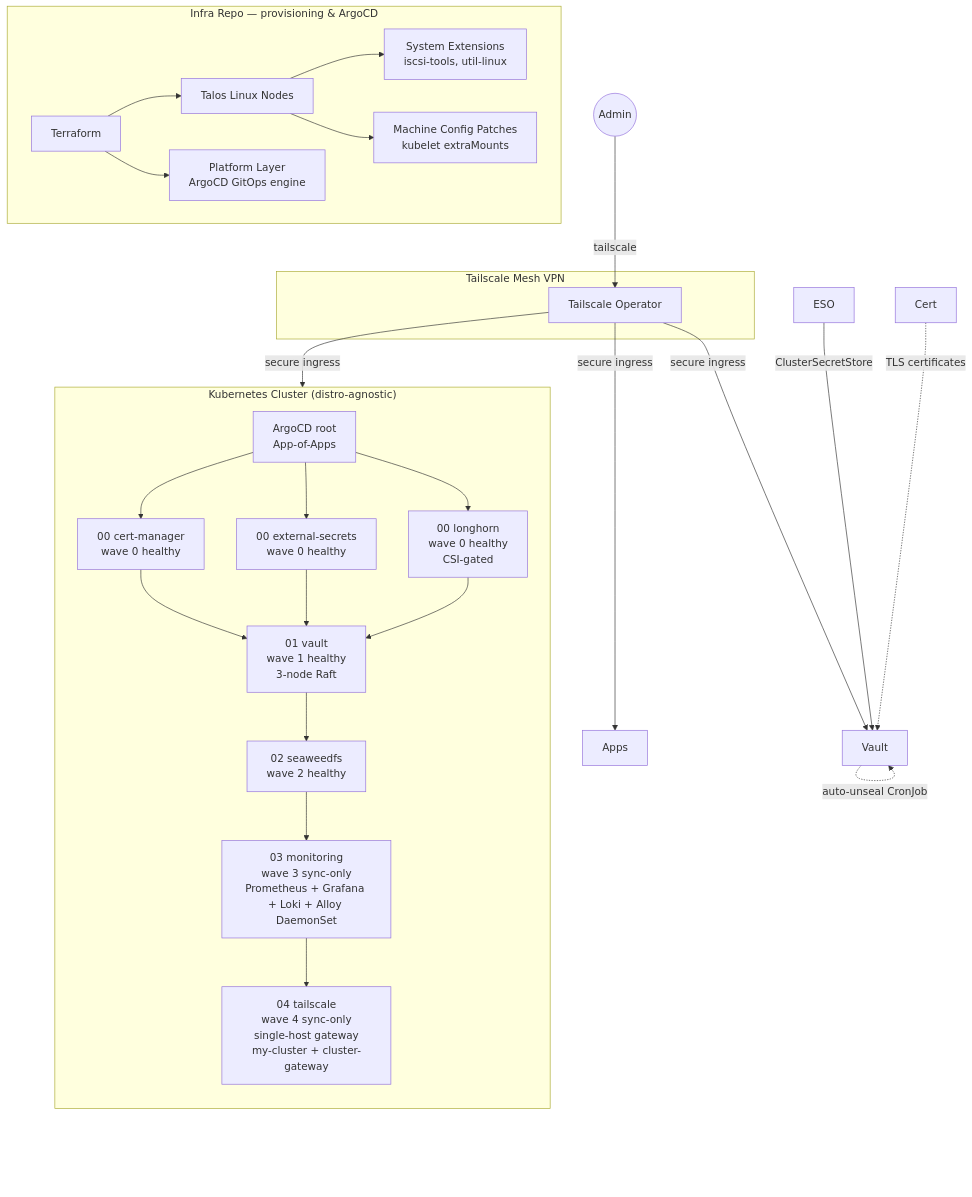
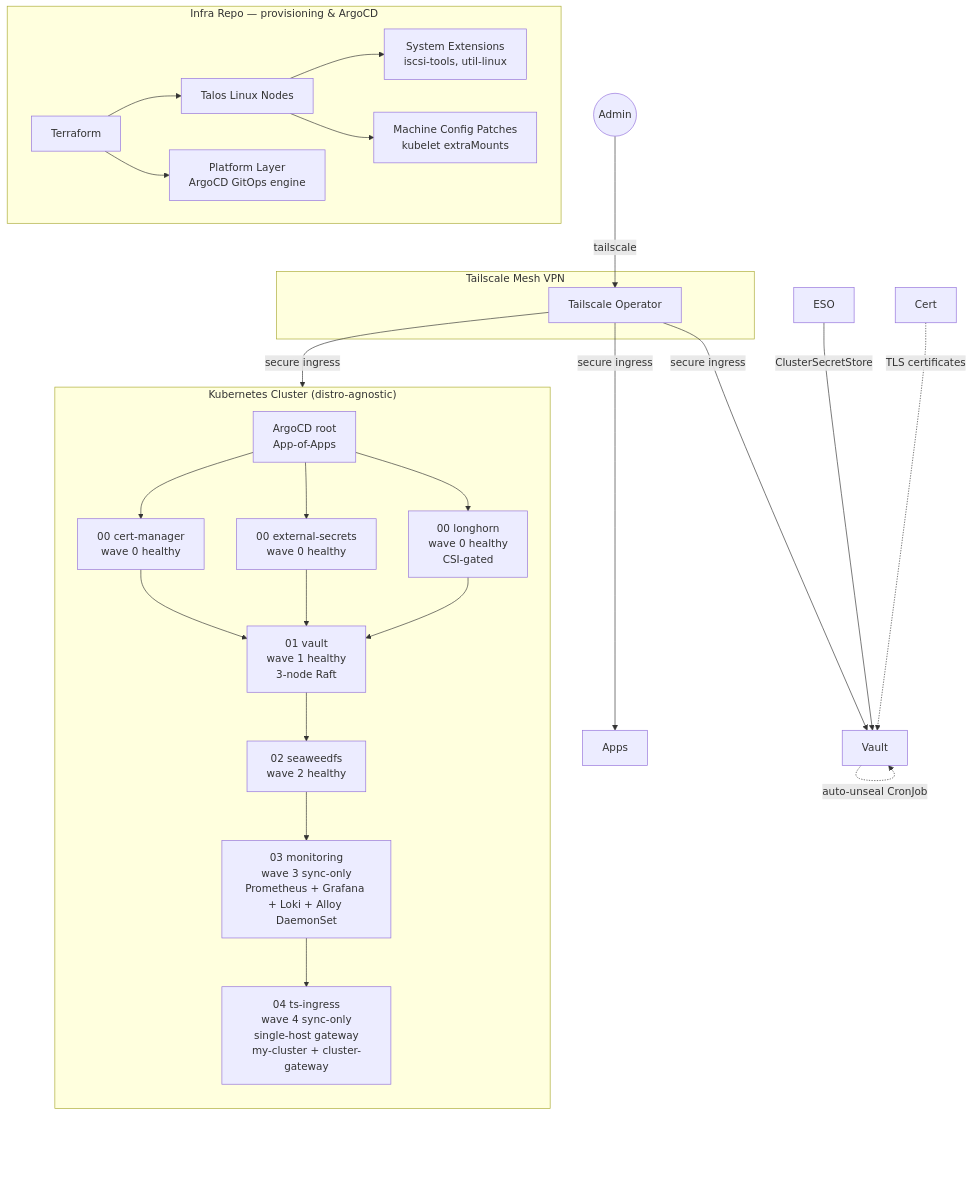
The diagram in README.md (Seom88/secured-gitops-tailscale-homelab), drawn with Mermaid before and after one commit. The commit also changed other lines of this file and 29 other files, not shown here.

````diff
--- a/README.md
+++ b/README.md
@@ -77,45 +77,45 @@
 ```mermaid
 graph TD
     subgraph "Infra Repo — provisioning & ArgoCD"
         TF[Terraform]
         TALOS[Talos Linux Nodes]
         EXT[System Extensions<br/>iscsi-tools, util-linux]
         PATCH[Machine Config Patches<br/>kubelet extraMounts]
         PLATFORM[Platform Layer<br/>ArgoCD GitOps engine]
         TF --> TALOS
         TALOS --> EXT
         TALOS --> PATCH
         TF --> PLATFORM
     end
 
     subgraph "Tailscale Mesh VPN"
         TS[Tailscale Operator]
     end
 
     subgraph "Kubernetes Cluster (distro-agnostic)"
         direction TB
         ROOT[ArgoCD root<br/>App-of-Apps]
         W0A[00 cert-manager<br/>wave 0 healthy]
         W0B[00 external-secrets<br/>wave 0 healthy]
         W0C[00 longhorn<br/>wave 0 healthy<br/>CSI-gated]
         W1[01 vault<br/>wave 1 healthy<br/>3-node Raft]
         W2[02 seaweedfs<br/>wave 2 healthy]
         W3[03 monitoring<br/>wave 3 sync-only<br/>Prometheus + Grafana + Loki + Alloy DaemonSet]
-        W4[04 tailscale<br/>wave 4 sync-only<br/>single-host gateway<br/>my-cluster + cluster-gateway]
+        W4[04 ts-ingress<br/>wave 4 sync-only<br/>single-host gateway<br/>my-cluster + cluster-gateway]
 
         ROOT --> W0A & W0B & W0C
         W0A & W0B & W0C --> W1
         W1 --> W2
         W2 --> W3
         W3 --> W4
     end
 
     User((Admin)) -->|tailscale| TS
     TS -->|secure ingress| ROOT
     TS -->|secure ingress| Vault
     TS -->|secure ingress| Apps
 
     ESO -->|ClusterSecretStore| Vault
     Vault -.->|auto-unseal CronJob| Vault
     Cert -.->|TLS certificates| Vault
 ```
````
